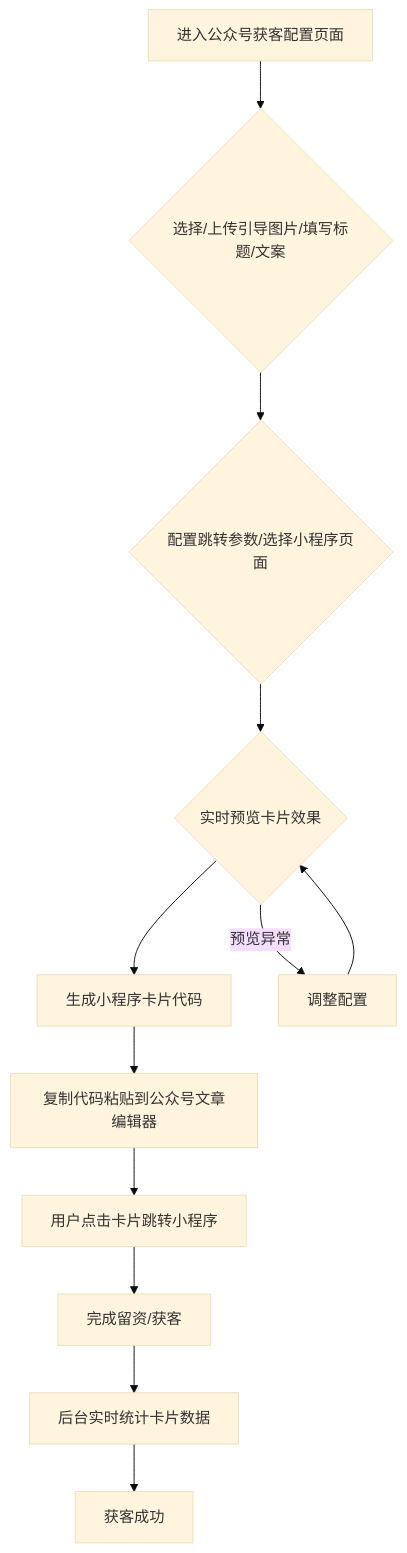
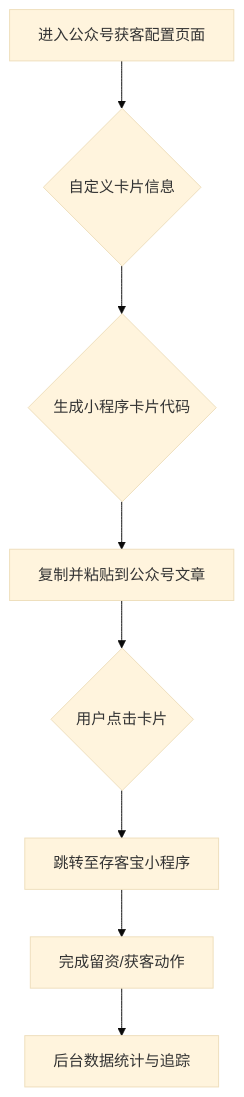
The diagram in 4、前端/前端-场景获客-公众号获客功能.md (fnvtk/cunkebao_doc), drawn with Mermaid (base theme) before and after one commit. The commit also changed other lines of this file and 38 other files, not shown here.

Commit message:
feat: Add flowcharts and UI references to all frontend documentation

````diff
--- a/4、前端/前端-场景获客-公众号获客功能.md
+++ b/4、前端/前端-场景获客-公众号获客功能.md
@@ -8,14 +10,10 @@
 ```mermaid
 graph TD
-    A[进入公众号获客配置页面] --> B{选择/上传引导图片/填写标题/文案};
-    B --> C{配置跳转参数/选择小程序页面};
-    C --> D{实时预览卡片效果};
-    D --> E[生成小程序卡片代码];
-    E --> F[复制代码粘贴到公众号文章编辑器];
-    F --> G[用户点击卡片跳转小程序];
-    G --> H[完成留资/获客];
-    H --> I[后台实时统计卡片数据];
-    I --> J[获客成功];
-    D -- 预览异常 --> K[调整配置];
-    K --> D;
+    A[进入公众号获客配置页面] --> B{自定义卡片信息};
+    B --> C{生成小程序卡片代码};
+    C --> D[复制并粘贴到公众号文章];
+    D --> E{用户点击卡片};
+    E --> F[跳转至存客宝小程序];
+    F --> G[完成留资/获客动作];
+    G --> H[后台数据统计与追踪];
 ```
````
